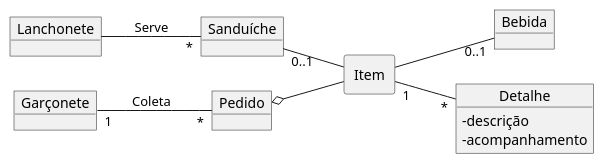
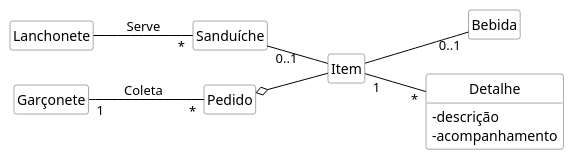
One commit to kyriosdata/oo changed the diagram in imagens/modelos-05/mod05ima04/mod05ima04.plantuml. Above: the diagram before and after it, drawn with PlantUML. The commit also changed 11 other files, not shown here.

```diff
--- a/imagens/modelos-05/mod05ima04/mod05ima04.plantuml
+++ b/imagens/modelos-05/mod05ima04/mod05ima04.plantuml
@@ -1,21 +1,30 @@
 @startuml mod05ima04
+hide circle
+hide methods
+hide empty members
+
+skinparam class {
+    BackgroundColor White
+    ArrowColor Black
+    BorderColor #505050
+}
 allow_mixing
 skinparam classAttributeIconSize 0
-object "Lanchonete" as la
-object "Sanduíche" as sa
-object "Garçonete" as ga
-object "Pedido" as pe
-rectangle "Item" as it
-object "Bebida" as be
-object "Detalhe" as de 
+class "Lanchonete" as la
+class "Sanduíche" as sa
+class "Garçonete" as ga
+class "Pedido" as pe
+class "Item" as it
+class "Bebida" as be
+class "Detalhe" as de 
 de : - descrição 
 de : - acompanhamento 
 
 left to right direction
 la --"*" sa : Serve
 sa "0..1"-- it 
 ga "1"--"*" pe : Coleta
 pe o--it 
 it --"0..1" be 
 it "1"--"*" de
 @enduml
```
